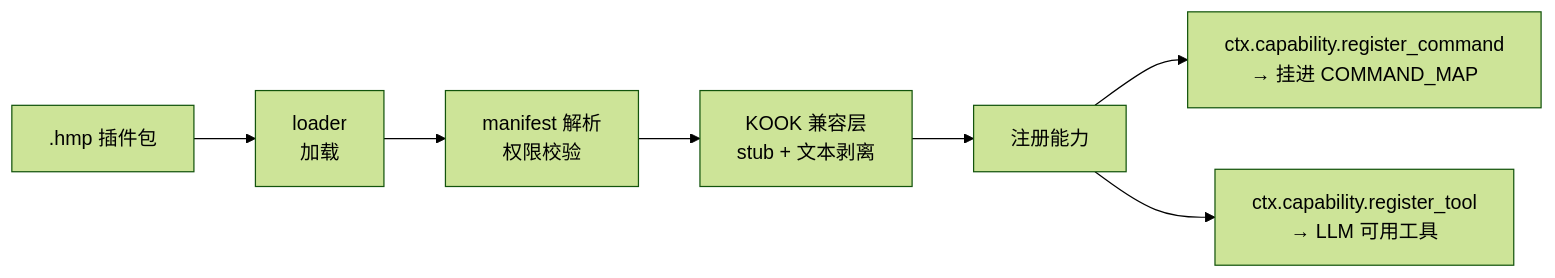
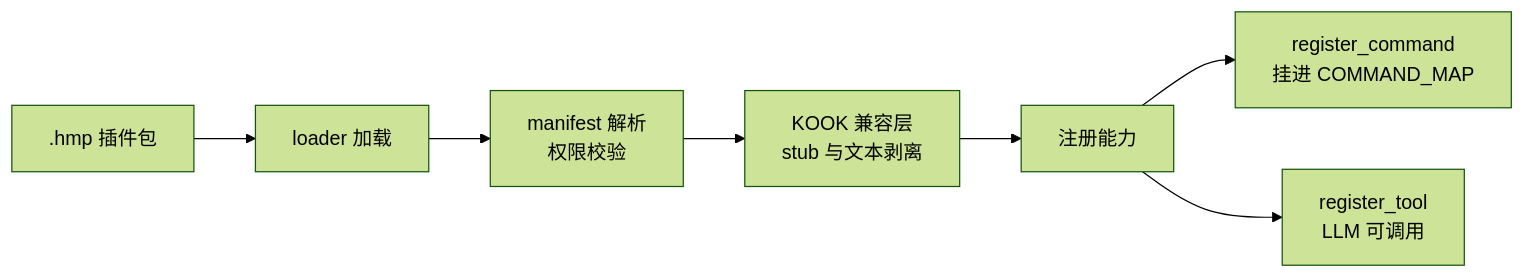
Before and after one commit to Trusler258/huanmeng-qqbot: the third of 4 diagrams in README.md, drawn with Mermaid (forest theme). The commit also changed other lines of this file and 2 other files, not shown here.

First line of the commit message:
docs: README 去 emoji 重排 + 更正声明 + 社交预览图

````diff
--- a/README.md
+++ b/README.md
@@ -270,9 +262,9 @@
 ```mermaid
 flowchart LR
-    H[".hmp 插件包"] --> L["loader<br/>加载"]
+    H[".hmp 插件包"] --> L["loader 加载"]
     L --> M["manifest 解析<br/>权限校验"]
-    M --> K["KOOK 兼容层<br/>stub + 文本剥离"]
+    M --> K["KOOK 兼容层<br/>stub 与文本剥离"]
     K --> R["注册能力"]
-    R --> CMD["ctx.capability.register_command<br/>→ 挂进 COMMAND_MAP"]
-    R --> TL["ctx.capability.register_tool<br/>→ LLM 可用工具"]
+    R --> CMD["register_command<br/>挂进 COMMAND_MAP"]
+    R --> TL["register_tool<br/>LLM 可调用"]
 ```
````
